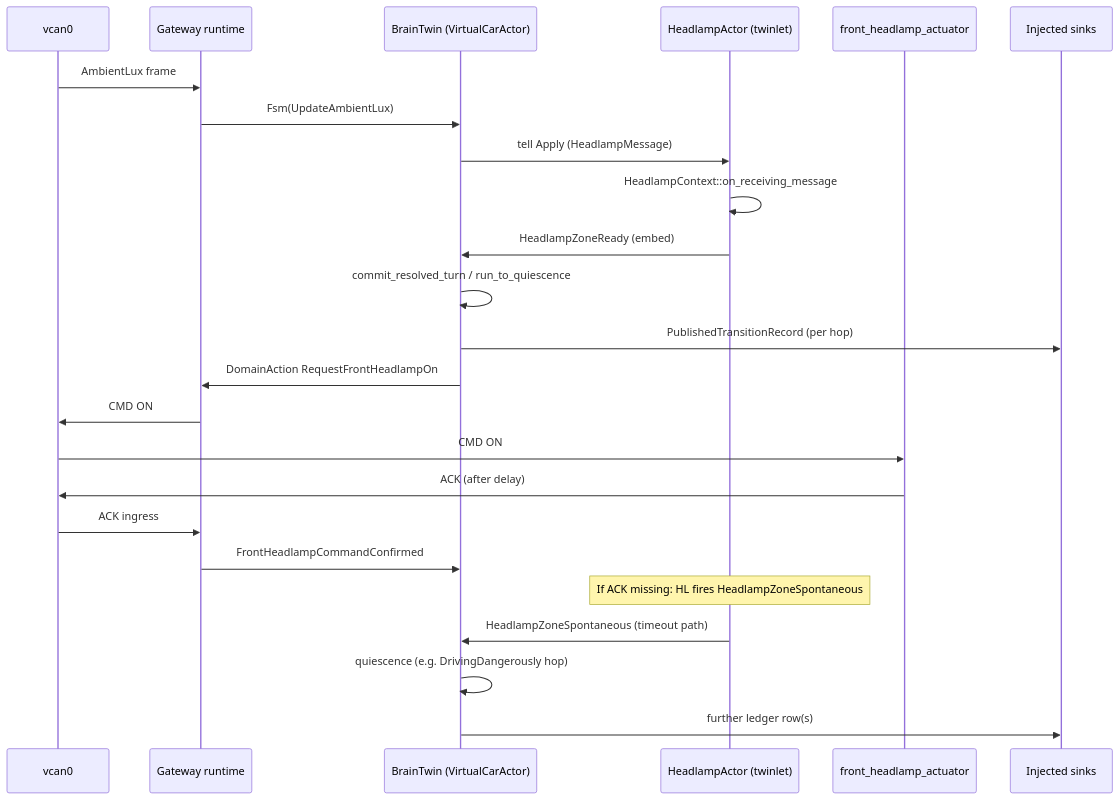
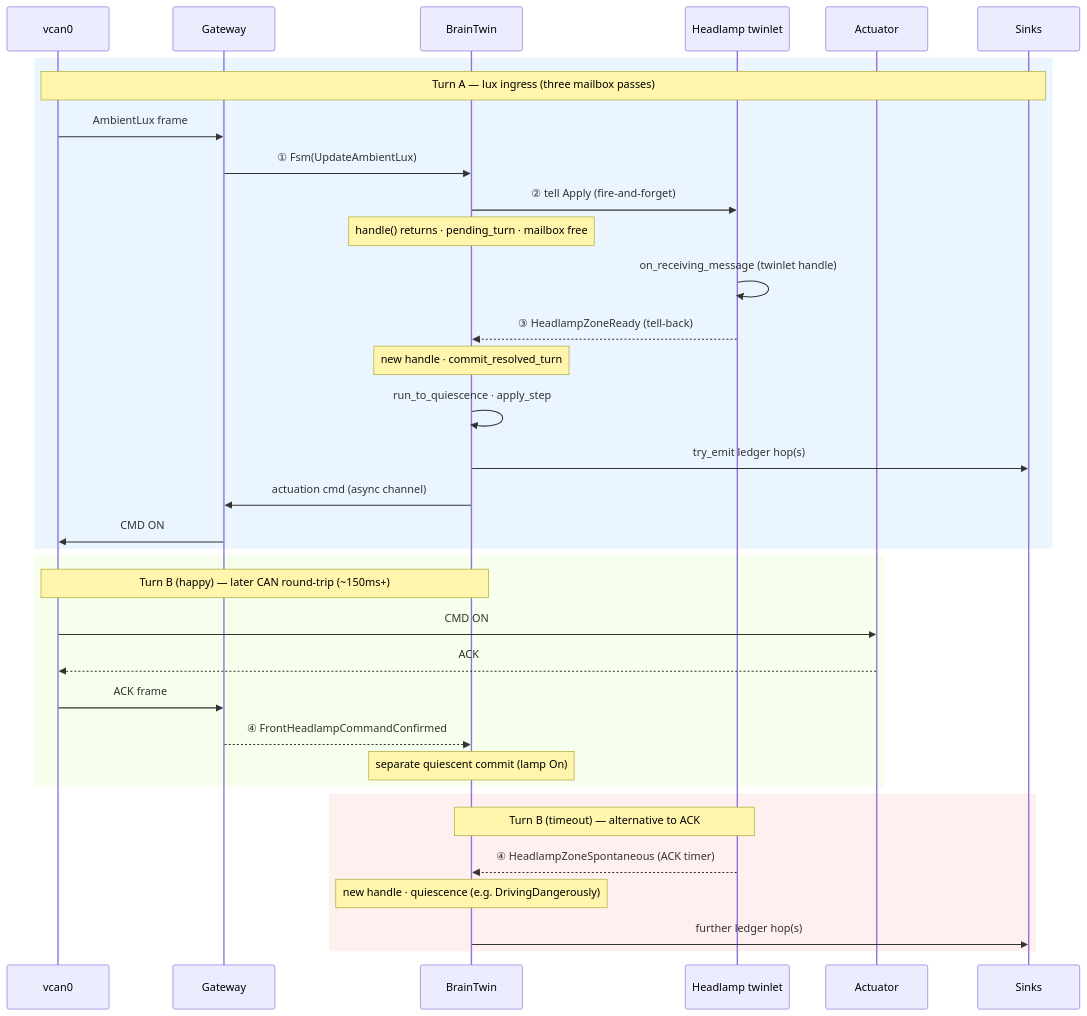
The diagram in README.md (nsengupta/sdv_simulation_3), drawn with Mermaid before and after one commit. The commit also changed other lines of this file, not shown here.

Commit message:
README updated / edited

````diff
--- a/README.md
+++ b/README.md
@@ -207,27 +213,40 @@
 ```mermaid
 sequenceDiagram
     participant CAN as vcan0
-    participant GW as Gateway runtime
-    participant Brain as BrainTwin (VirtualCarActor)
-    participant HL as HeadlampActor (twinlet)
-    participant Act as front_headlamp_actuator
-    participant Sink as Injected sinks
+    participant GW as Gateway
+    participant Brain as BrainTwin
+    participant HL as Headlamp twinlet
+    participant Act as Actuator
+    participant Sink as Sinks
 
-    CAN->>GW: AmbientLux frame
-    GW->>Brain: Fsm(UpdateAmbientLux)
-    Brain->>HL: tell Apply (HeadlampMessage)
-    HL->>HL: HeadlampContext::on_receiving_message
-    HL->>Brain: HeadlampZoneReady (embed)
-    Brain->>Brain: commit_resolved_turn / run_to_quiescence
-    Brain->>Sink: PublishedTransitionRecord (per hop)
-    Brain->>GW: DomainAction RequestFrontHeadlampOn
-    GW->>CAN: CMD ON
-    CAN->>Act: CMD ON
-    Act->>CAN: ACK (after delay)
-    CAN->>GW: ACK ingress
-    GW->>Brain: FrontHeadlampCommandConfirmed
-    Note over HL: If ACK missing: HL fires HeadlampZoneSpontaneous
-    HL->>Brain: HeadlampZoneSpontaneous (timeout path)
-    Brain->>Brain: quiescence (e.g. DrivingDangerously hop)
-    Brain->>Sink: further ledger row(s)
+    rect rgb(235, 245, 255)
+        Note over CAN,Sink: Turn A — lux ingress (three mailbox passes)
+        CAN->>GW: AmbientLux frame
+        GW->>Brain: ① Fsm(UpdateAmbientLux)
+        Brain->>HL: ② tell Apply (fire-and-forget)
+        Note over Brain: handle() returns · pending_turn · mailbox free
+        HL->>HL: on_receiving_message (twinlet handle)
+        HL-->>Brain: ③ HeadlampZoneReady (tell-back)
+        Note over Brain: new handle · commit_resolved_turn
+        Brain->>Brain: run_to_quiescence · apply_step
+        Brain->>Sink: try_emit ledger hop(s)
+        Brain->>GW: actuation cmd (async channel)
+        GW->>CAN: CMD ON
+    end
+
+    rect rgb(245, 255, 235)
+        Note over CAN,Brain: Turn B (happy) — later CAN round-trip (~150ms+)
+        CAN->>Act: CMD ON
+        Act-->>CAN: ACK
+        CAN->>GW: ACK frame
+        GW-->>Brain: ④ FrontHeadlampCommandConfirmed
+        Note over Brain: separate quiescent commit (lamp On)
+    end
+
+    rect rgb(255, 240, 240)
+        Note over HL,Brain: Turn B (timeout) — alternative to ACK
+        HL-->>Brain: ④ HeadlampZoneSpontaneous (ACK timer)
+        Note over Brain: new handle · quiescence (e.g. DrivingDangerously)
+        Brain->>Sink: further ledger hop(s)
+    end
 ```
````
